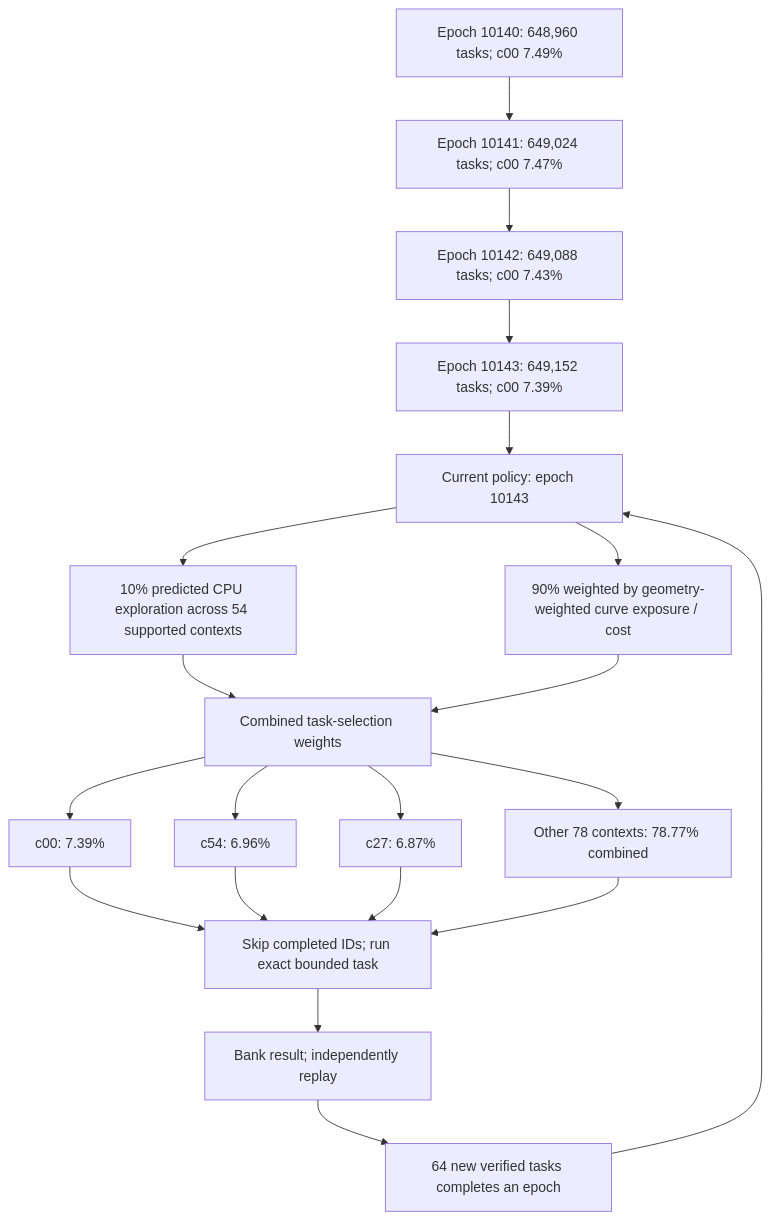
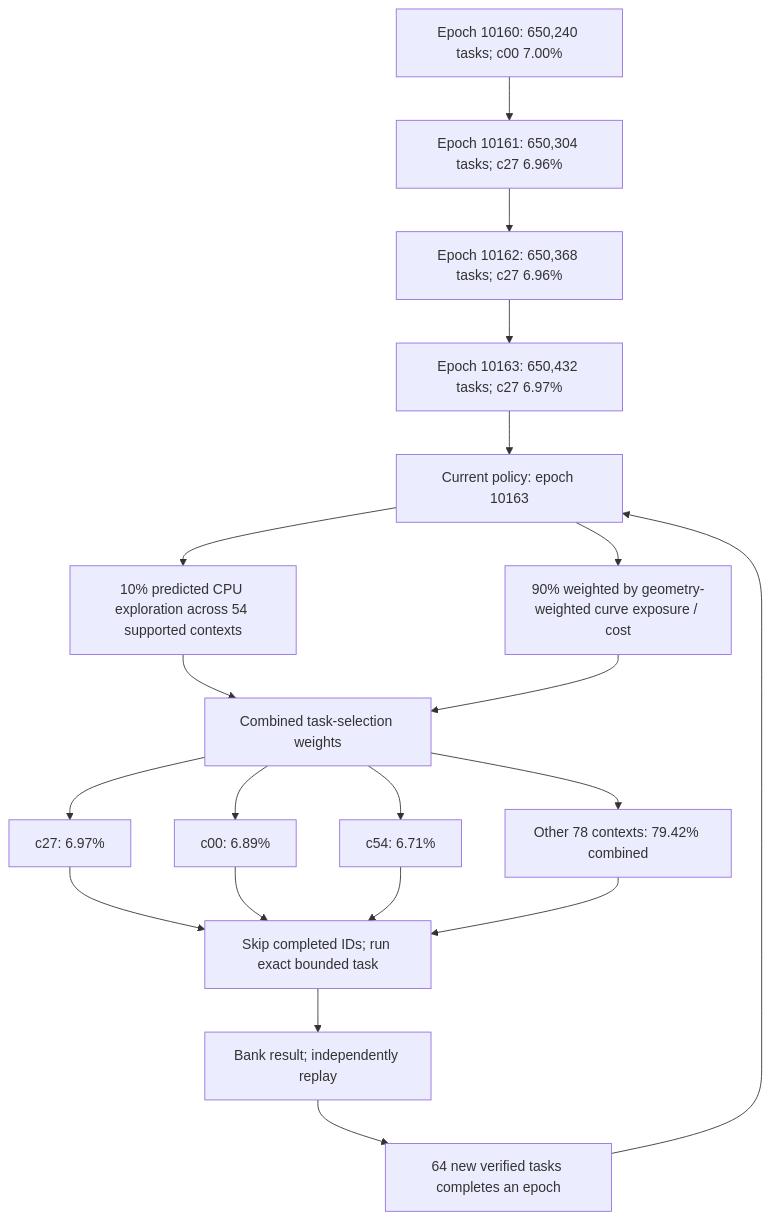
One commit to Kuberwastaken/math-gambling changed the first of 4 diagrams in README.md. Above: the diagram before and after it, drawn with Mermaid. The commit also changed other lines of this file and 2753 other files, not shown here.

````diff
--- a/README.md
+++ b/README.md
@@ -60,27 +60,27 @@
 ```mermaid
 flowchart TD
-    H0["Epoch 10140: 648,960 tasks; c00 7.49%"]
-    H1["Epoch 10141: 649,024 tasks; c00 7.47%"]
+    H0["Epoch 10160: 650,240 tasks; c00 7.00%"]
+    H1["Epoch 10161: 650,304 tasks; c27 6.96%"]
     H0 --> H1
-    H2["Epoch 10142: 649,088 tasks; c00 7.43%"]
+    H2["Epoch 10162: 650,368 tasks; c27 6.96%"]
     H1 --> H2
-    H3["Epoch 10143: 649,152 tasks; c00 7.39%"]
+    H3["Epoch 10163: 650,432 tasks; c27 6.97%"]
     H2 --> H3
-    Policy["Current policy: epoch 10143"]
+    Policy["Current policy: epoch 10163"]
     H3 --> Policy
     Policy --> Explore["10% predicted CPU exploration across 54 supported contexts"]
     Policy --> Cost["90% weighted by geometry-weighted curve exposure / cost"]
     Explore --> Mix["Combined task-selection weights"]
     Cost --> Mix
-    Mix --> C0["c00: 7.39%"]
-    Mix --> C1["c54: 6.96%"]
-    Mix --> C2["c27: 6.87%"]
-    Mix --> Rest["Other 78 contexts: 78.77% combined"]
+    Mix --> C0["c27: 6.97%"]
+    Mix --> C1["c00: 6.89%"]
+    Mix --> C2["c54: 6.71%"]
+    Mix --> Rest["Other 78 contexts: 79.42% combined"]
     C0 --> Check["Skip completed IDs; run exact bounded task"]
     C1 --> Check
     C2 --> Check
     Rest --> Check
     Check --> Replay["Bank result; independently replay"]
     Replay --> Gate["64 new verified tasks completes an epoch"]
     Gate --> Policy
 ```
````
